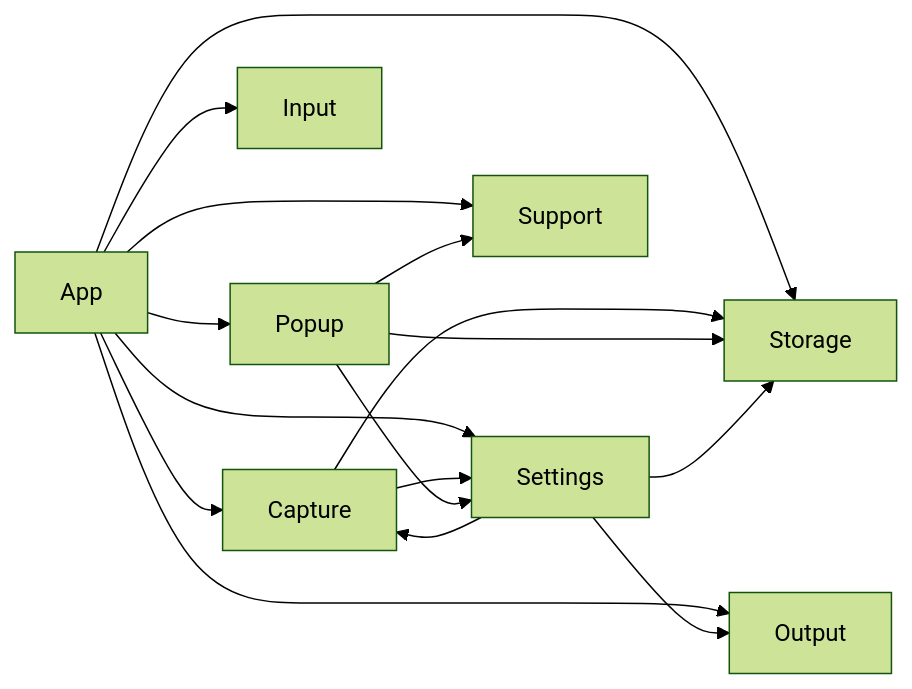
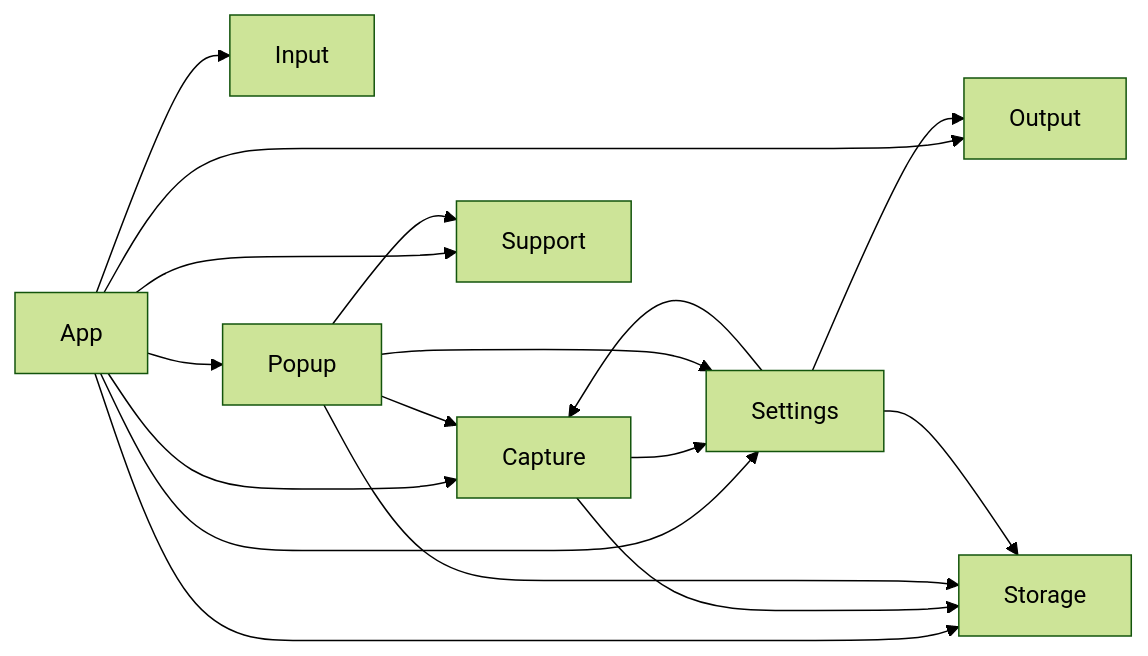
Before and after one commit to vadichw/Pasty: the diagram in docs/ARCHITECTURE.md, drawn with Mermaid (forest theme). The commit also changed other lines of this file and 16 other files, not shown here.

````diff
--- a/docs/ARCHITECTURE.md
+++ b/docs/ARCHITECTURE.md
@@ -50,22 +50,23 @@
 ```mermaid
 graph LR
     App --> Capture
     App --> Input
     App --> Output
     App --> Popup
     App --> Settings
     App --> Storage
     App --> Support
     Capture --> Settings
     Capture --> Storage
     Input
     Output
+    Popup --> Capture
     Popup --> Settings
     Popup --> Storage
     Popup --> Support
     Settings --> Capture
     Settings --> Output
     Settings --> Storage
     Storage
     Support
 ```
````
